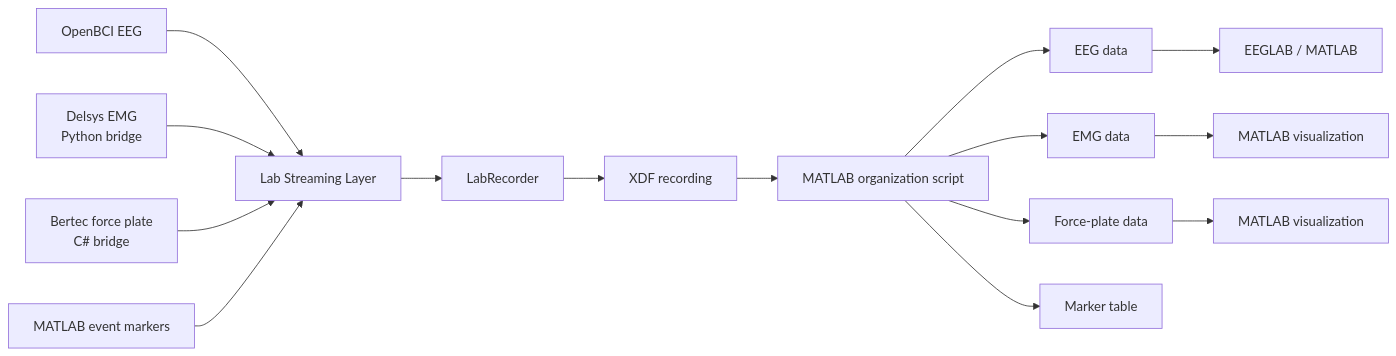
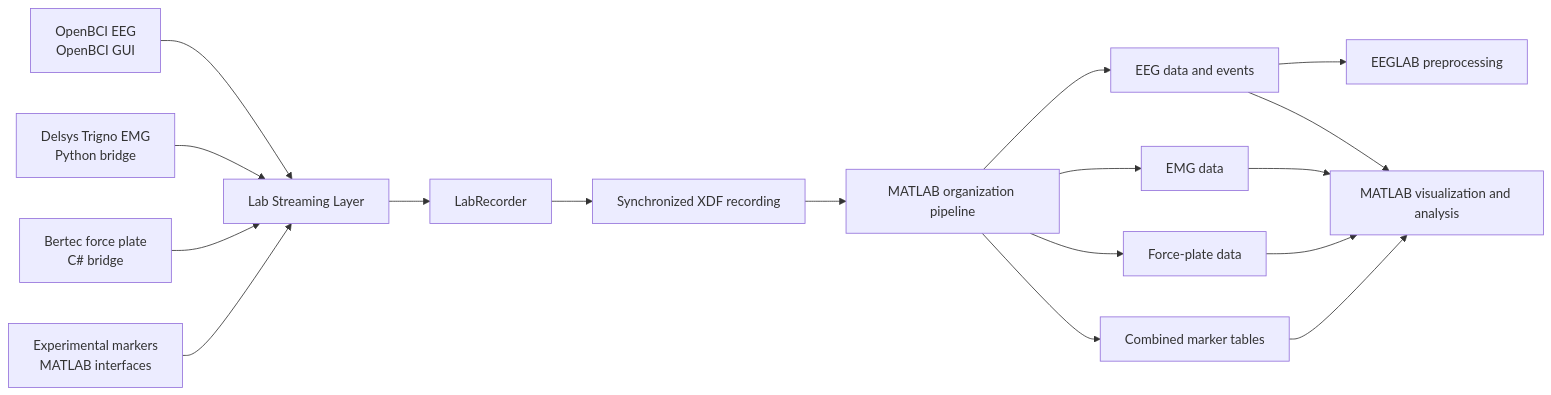
One commit to jacksoncirami/Multimodal-Data-Acquisition changed the diagram in README.md. Above: the diagram before and after it, drawn with Mermaid. The commit also changed other lines of this file, not shown here.

````diff
--- a/README.md
+++ b/README.md
@@ -16,20 +11,22 @@
 ```mermaid
 flowchart LR
-    EEG["OpenBCI EEG"] --> LSL["Lab Streaming Layer"]
-    EMG["Delsys EMG<br/>Python bridge"] --> LSL
-    FP["Bertec force plate<br/>C# bridge"] --> LSL
-    MK["MATLAB event markers"] --> LSL
+    EEG["OpenBCI EEG\nOpenBCI GUI"] --> LSL["Lab Streaming Layer"]
+    EMG["Delsys Trigno EMG\nPython bridge"] --> LSL
+    FP["Bertec force plate\nC# bridge"] --> LSL
+    MK["Experimental markers\nMATLAB interfaces"] --> LSL
 
     LSL --> LR["LabRecorder"]
-    LR --> XDF["XDF recording"]
-    XDF --> ORG["MATLAB organization script"]
+    LR --> XDF["Synchronized XDF recording"]
+    XDF --> ORG["MATLAB organization pipeline"]
 
-    ORG --> EEGDATA["EEG data"]
+    ORG --> EEGDATA["EEG data and events"]
     ORG --> EMGDATA["EMG data"]
     ORG --> FPDATA["Force-plate data"]
-    ORG --> MARKERS["Marker table"]
+    ORG --> MARKERS["Combined marker tables"]
 
-    EEGDATA --> EEGLAB["EEGLAB / MATLAB"]
-    EMGDATA --> EMGPLOT["MATLAB visualization"]
-    FPDATA --> FPPLOT["MATLAB visualization"]
+    EEGDATA --> EEGLAB["EEGLAB preprocessing"]
+    EEGDATA --> VIS["MATLAB visualization and analysis"]
+    EMGDATA --> VIS
+    FPDATA --> VIS
+    MARKERS --> VIS
 ```
````
